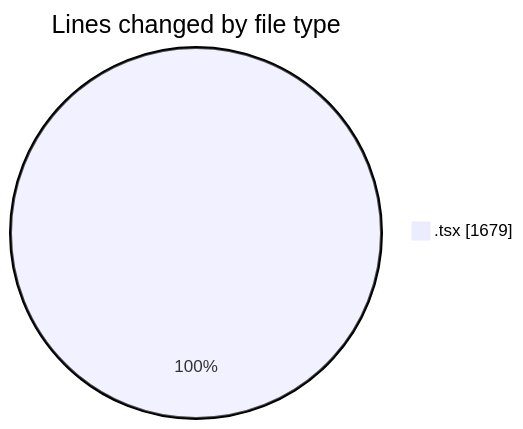
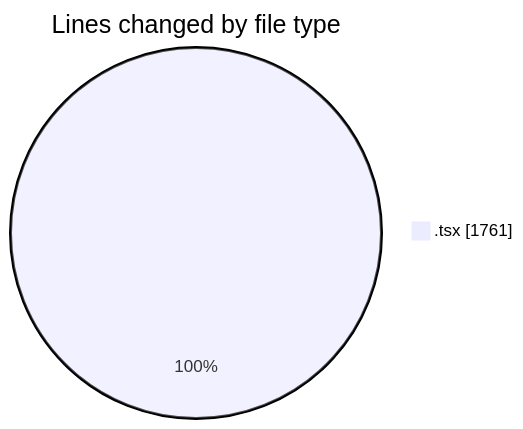
One commit to momahboobian/code-tracking changed the first of 2 diagrams in 2025-10-03/cda/README.md. Above: the diagram before and after it, drawn with Mermaid. The commit also changed other lines of this file and 1 other file, not shown here.

````diff
--- a/2025-10-03/cda/README.md
+++ b/2025-10-03/cda/README.md
@@ -23,5 +23,5 @@
 ```mermaid
 pie showData
 title Lines changed by file type
-".tsx" : 1679
+".tsx" : 1761
 ```
````
